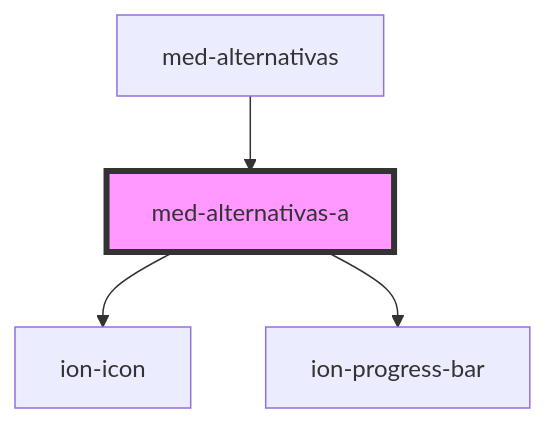
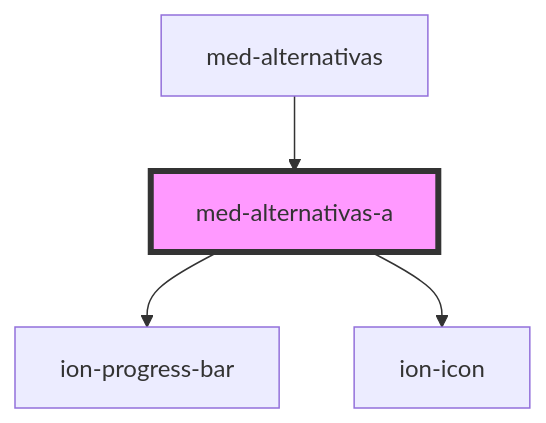
One commit to MEDGRUPOGIT/ionic-framework-1 changed the diagram in core/src/components/@medgrupo/team/questoes/med-alternativas-a/readme.md. Above: the diagram before and after it, drawn with Mermaid. The commit also changed other lines of this file and 142 other files, not shown here.

````diff
--- a/core/src/components/@medgrupo/team/questoes/med-alternativas-a/readme.md
+++ b/core/src/components/@medgrupo/team/questoes/med-alternativas-a/readme.md
@@ -48,7 +48,7 @@
 ```mermaid
 graph TD;
+  med-alternativas-a --> ion-progress-bar
   med-alternativas-a --> ion-icon
-  med-alternativas-a --> ion-progress-bar
   med-alternativas --> med-alternativas-a
   style med-alternativas-a fill:#f9f,stroke:#333,stroke-width:4px
 ```
````
